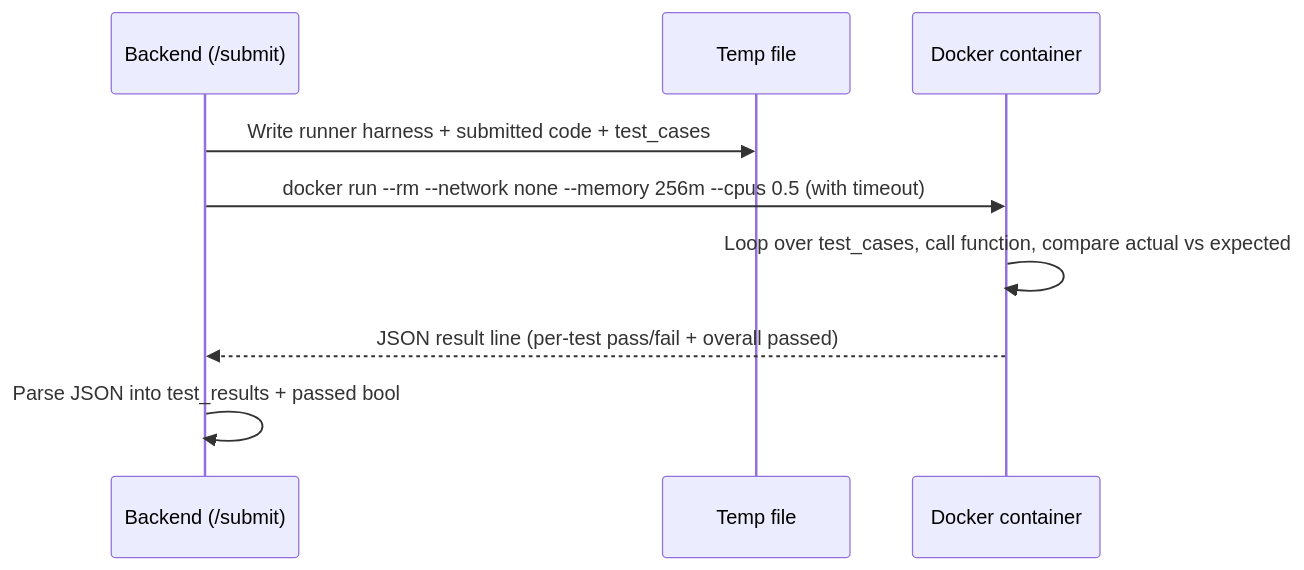
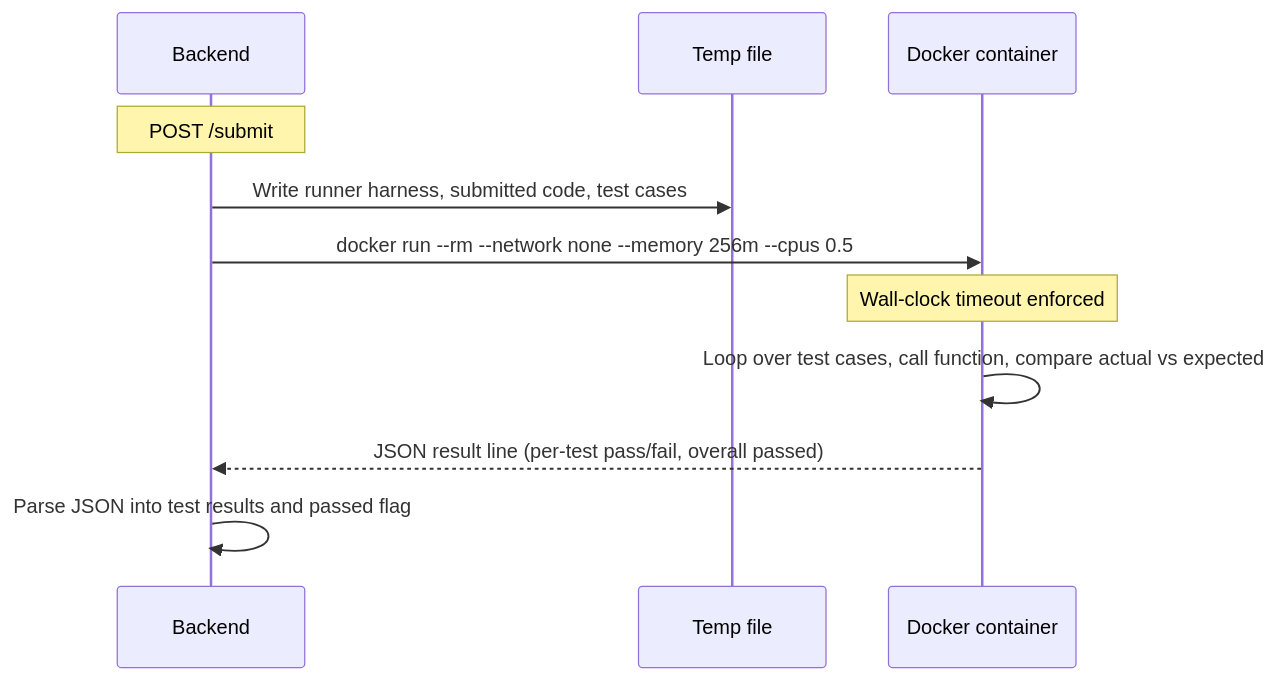
The fifth of 5 diagrams in README.md (jamesse0/ParPrompt), drawn with Mermaid before and after one commit. The commit also changed other lines of this file, not shown here.

````diff
--- a/README.md
+++ b/README.md
@@ -217,12 +216,14 @@
 ```mermaid
 sequenceDiagram
-    participant BE as Backend (/submit)
+    participant BE as Backend
     participant FS as Temp file
     participant D as Docker container
 
-    BE->>FS: Write runner harness + submitted code + test_cases
-    BE->>D: docker run --rm --network none --memory 256m --cpus 0.5 (with timeout)
-    D->>D: Loop over test_cases, call function, compare actual vs expected
-    D-->>BE: JSON result line (per-test pass/fail + overall passed)
-    BE->>BE: Parse JSON into test_results + passed bool
+    Note over BE: POST /submit
+    BE->>FS: Write runner harness, submitted code, test cases
+    BE->>D: docker run --rm --network none --memory 256m --cpus 0.5
+    Note over D: Wall-clock timeout enforced
+    D->>D: Loop over test cases, call function, compare actual vs expected
+    D-->>BE: JSON result line (per-test pass/fail, overall passed)
+    BE->>BE: Parse JSON into test results and passed flag
 ```
````
